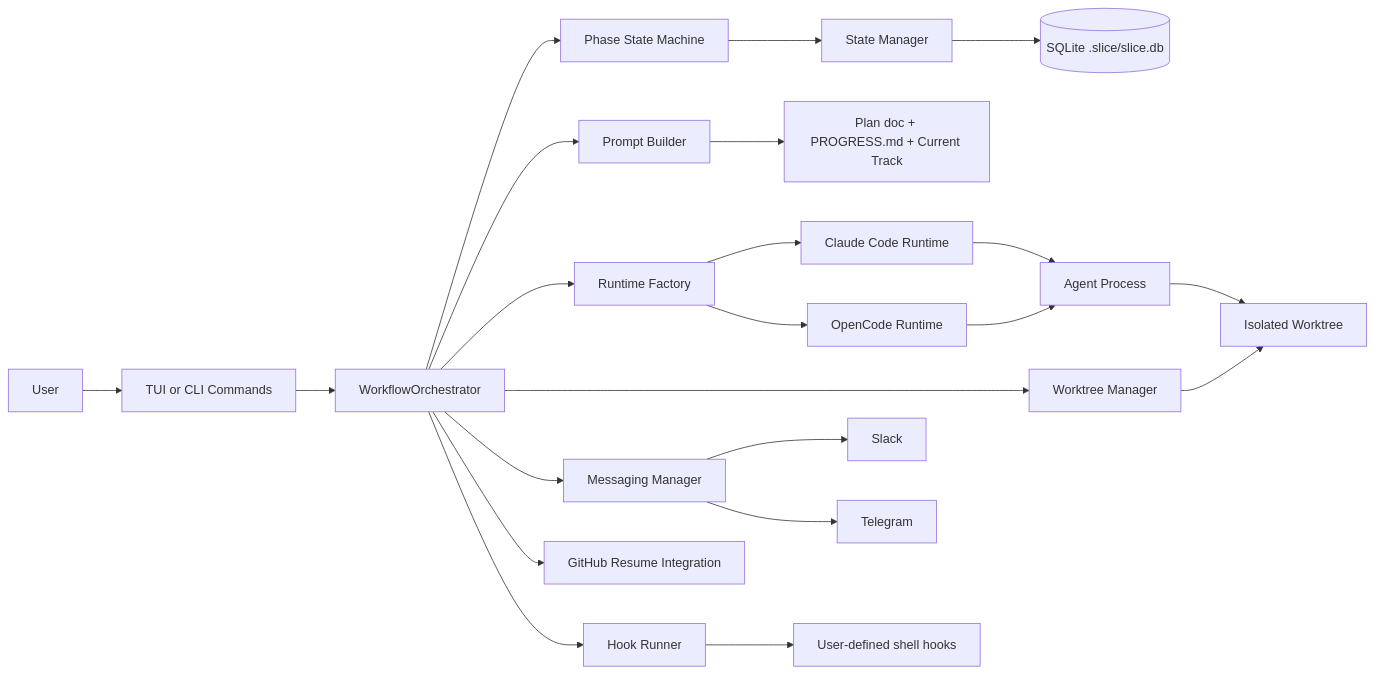
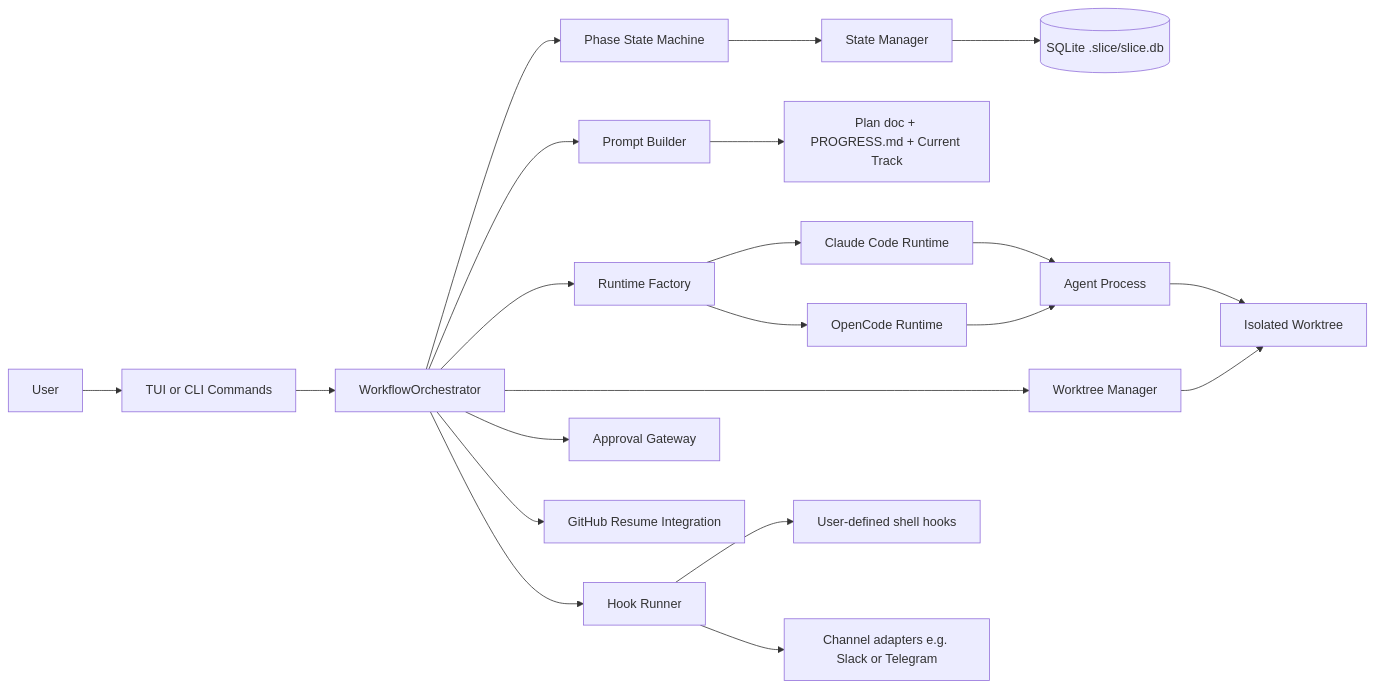
Before and after one commit to jcospina/slice-workflow: the first of 8 diagrams in docs/architecture.md, drawn with Mermaid. The commit also changed other lines of this file and 2 other files, not shown here.

Commit message:
Update architecture for new hook based notifications

````diff
--- a/docs/architecture.md
+++ b/docs/architecture.md
@@ -16,31 +18,30 @@
 ```mermaid
 flowchart LR
     U[User] --> TUI[TUI or CLI Commands]
     TUI --> ORCH[WorkflowOrchestrator]
 
     ORCH --> SM[Phase State Machine]
     ORCH --> PM[Prompt Builder]
     ORCH --> RTF[Runtime Factory]
     ORCH --> WTM[Worktree Manager]
-    ORCH --> MSG[Messaging Manager]
+    ORCH --> AGW[Approval Gateway]
     ORCH --> GH[GitHub Resume Integration]
 
     SM --> STM[State Manager]
     STM --> DB[(SQLite .slice/slice.db)]
 
     PM --> FSCTX[Plan doc + PROGRESS.md + Current Track]
 
     RTF --> CCR[Claude Code Runtime]
     RTF --> OCR[OpenCode Runtime]
 
     CCR --> AGENT[Agent Process]
     OCR --> AGENT
 
     WTM --> WT[Isolated Worktree]
     AGENT --> WT
 
-    MSG --> SLACK[Slack]
-    MSG --> TG[Telegram]
     ORCH --> HK[Hook Runner]
     HK --> HOOKS[User-defined shell hooks]
+    HK --> ADPT[Channel adapters e.g. Slack or Telegram]
 ```
````
